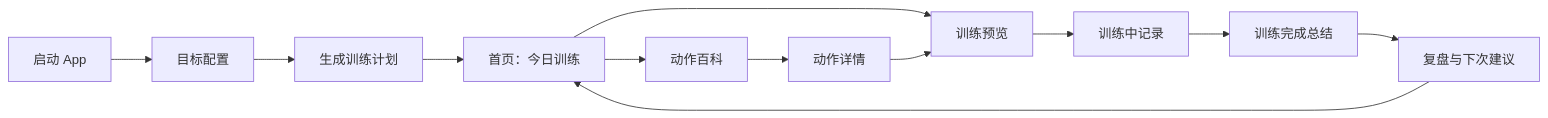
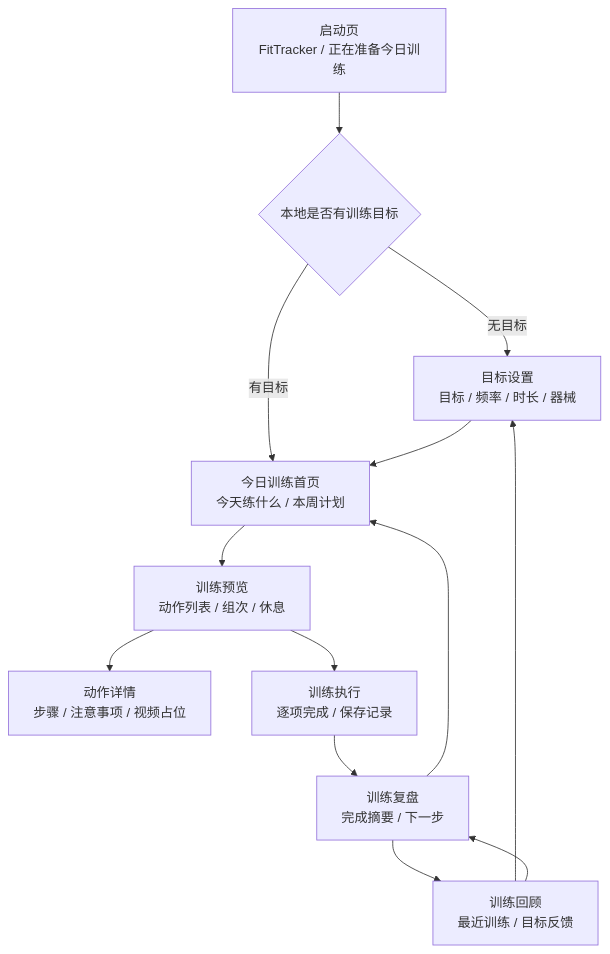
One commit to EarthxxRhythm/FitTracker changed the first of 2 diagrams in docs/prototype/目标训练闭环原型图.md. Above: the diagram before and after it, drawn with Mermaid. The commit also changed other lines of this file and 16 other files, not shown here.

````diff
--- a/docs/prototype/目标训练闭环原型图.md
+++ b/docs/prototype/目标训练闭环原型图.md
@@ -8,14 +9,15 @@
 ```mermaid
-flowchart LR
-  A["启动 App"] --> B["目标配置"]
-  B --> C["生成训练计划"]
-  C --> D["首页：今日训练"]
-  D --> E["训练预览"]
-  E --> F["训练中记录"]
-  F --> G["训练完成总结"]
-  G --> H["复盘与下次建议"]
+flowchart TD
+  A["启动页<br/>FitTracker / 正在准备今日训练"] --> B{"本地是否有训练目标"}
+  B -->|无目标| C["目标设置<br/>目标 / 频率 / 时长 / 器械"]
+  B -->|有目标| D["今日训练首页<br/>今天练什么 / 本周计划"]
+  C --> D
+  D --> E["训练预览<br/>动作列表 / 组次 / 休息"]
+  E --> F["动作详情<br/>步骤 / 注意事项 / 视频占位"]
+  E --> G["训练执行<br/>逐项完成 / 保存记录"]
+  G --> H["训练复盘<br/>完成摘要 / 下一步"]
+  H --> I["训练回顾<br/>最近训练 / 目标反馈"]
+  I --> C
+  I --> H
   H --> D
-  D --> I["动作百科"]
-  I --> J["动作详情"]
-  J --> E
 ```
````
